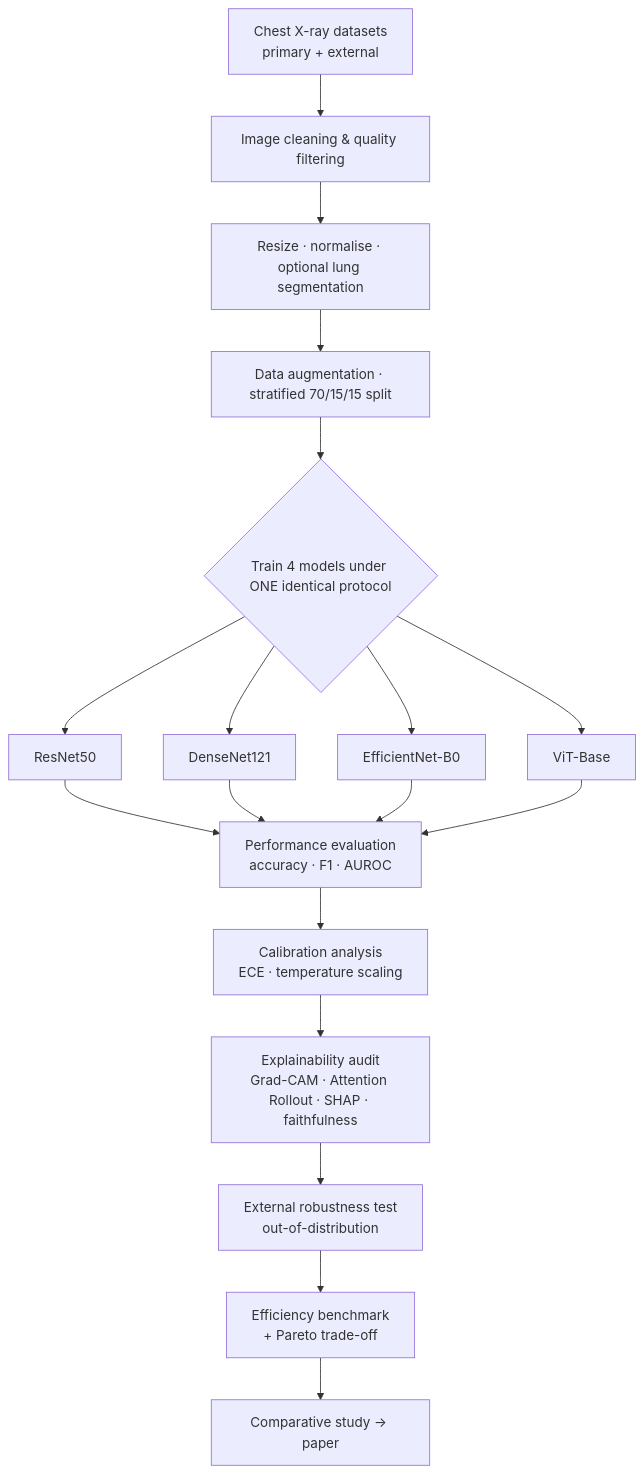
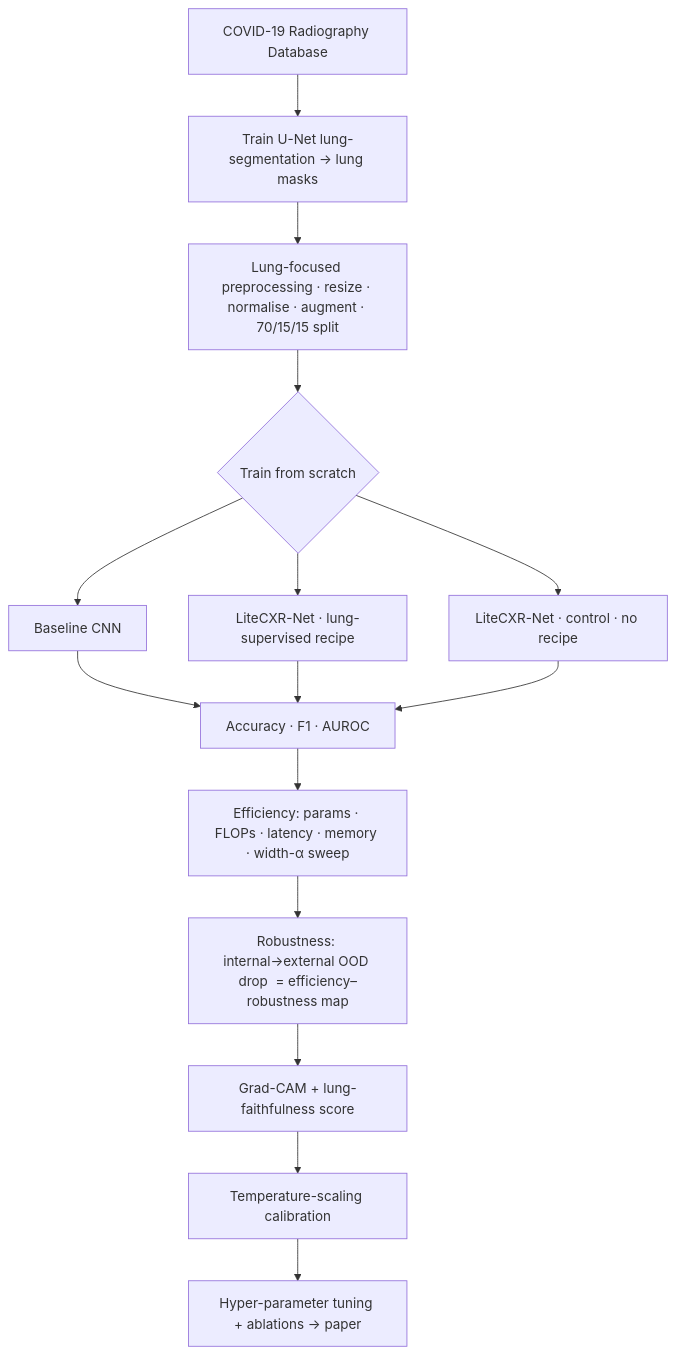
One commit to Ravindu-Pathirana/Chest-X-ray-Disease-Detection changed the diagram in README.md. Above: the diagram before and after it, drawn with Mermaid. The commit also changed other lines of this file and 3 other files, not shown here.

````diff
--- a/README.md
+++ b/README.md
@@ -104,17 +92,15 @@
 ```mermaid
 flowchart TD
-    A[Chest X-ray datasets<br/>primary + external] --> B[Image cleaning & quality filtering]
-    B --> C[Resize · normalise · optional lung segmentation]
-    C --> D[Data augmentation · stratified 70/15/15 split]
-    D --> E{Train 4 models under ONE identical protocol}
-    E --> M1[ResNet50]
-    E --> M2[DenseNet121]
-    E --> M3[EfficientNet-B0]
-    E --> M4[ViT-Base]
-    M1 & M2 & M3 & M4 --> F[Performance evaluation<br/>accuracy · F1 · AUROC]
-    F --> G[Calibration analysis<br/>ECE · temperature scaling]
-    G --> H[Explainability audit<br/>Grad-CAM · Attention Rollout · SHAP · faithfulness]
-    H --> I[External robustness test<br/>out-of-distribution]
-    I --> J[Efficiency benchmark<br/>+ Pareto trade-off]
-    J --> K[Comparative study → paper]
+    A[COVID-19 Radiography Database] --> U[Train U-Net lung-segmentation → lung masks]
+    U --> C[Lung-focused preprocessing · resize · normalise · augment · 70/15/15 split]
+    C --> D{Train from scratch}
+    D --> B[Baseline CNN]
+    D --> L[LiteCXR-Net · lung-supervised recipe]
+    D --> K[LiteCXR-Net · control · no recipe]
+    B & L & K --> E[Accuracy · F1 · AUROC]
+    E --> F[Efficiency: params · FLOPs · latency · memory · width-α sweep]
+    F --> G[Robustness: internal→external OOD drop  = efficiency–robustness map]
+    G --> H[Grad-CAM + lung-faithfulness score]
+    H --> I[Temperature-scaling calibration]
+    I --> J[Hyper-parameter tuning + ablations → paper]
 ```
````
